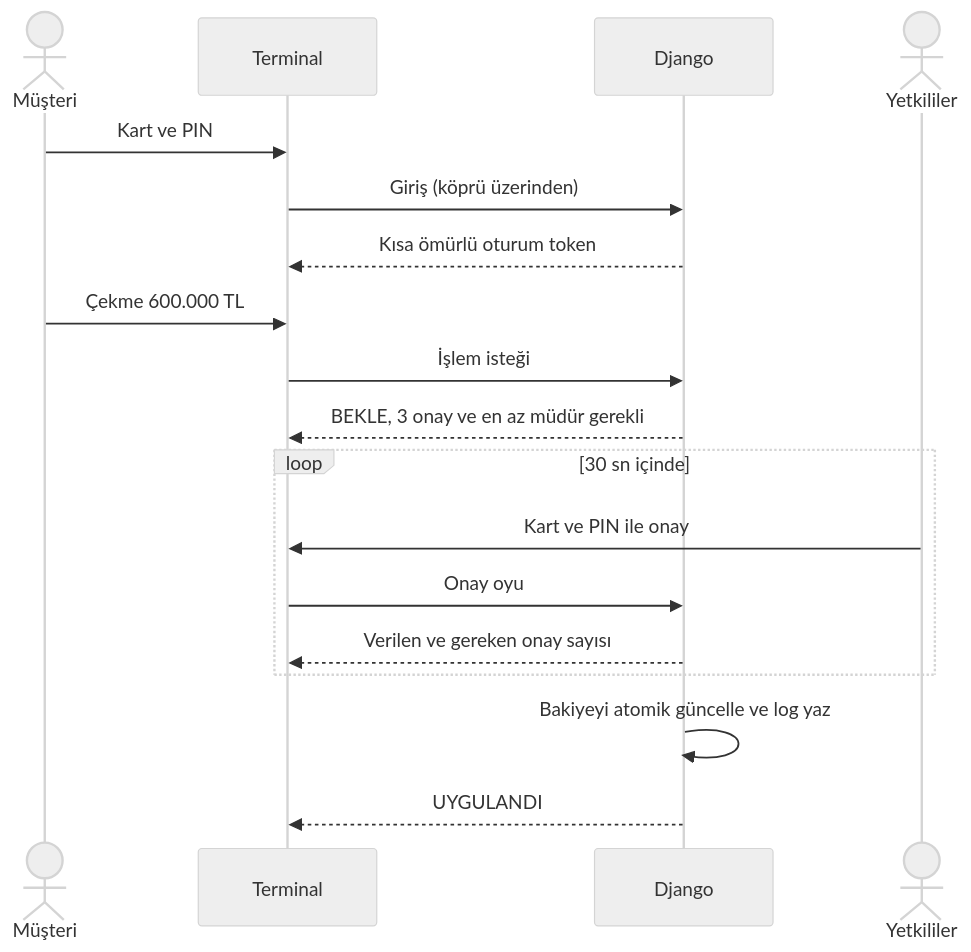
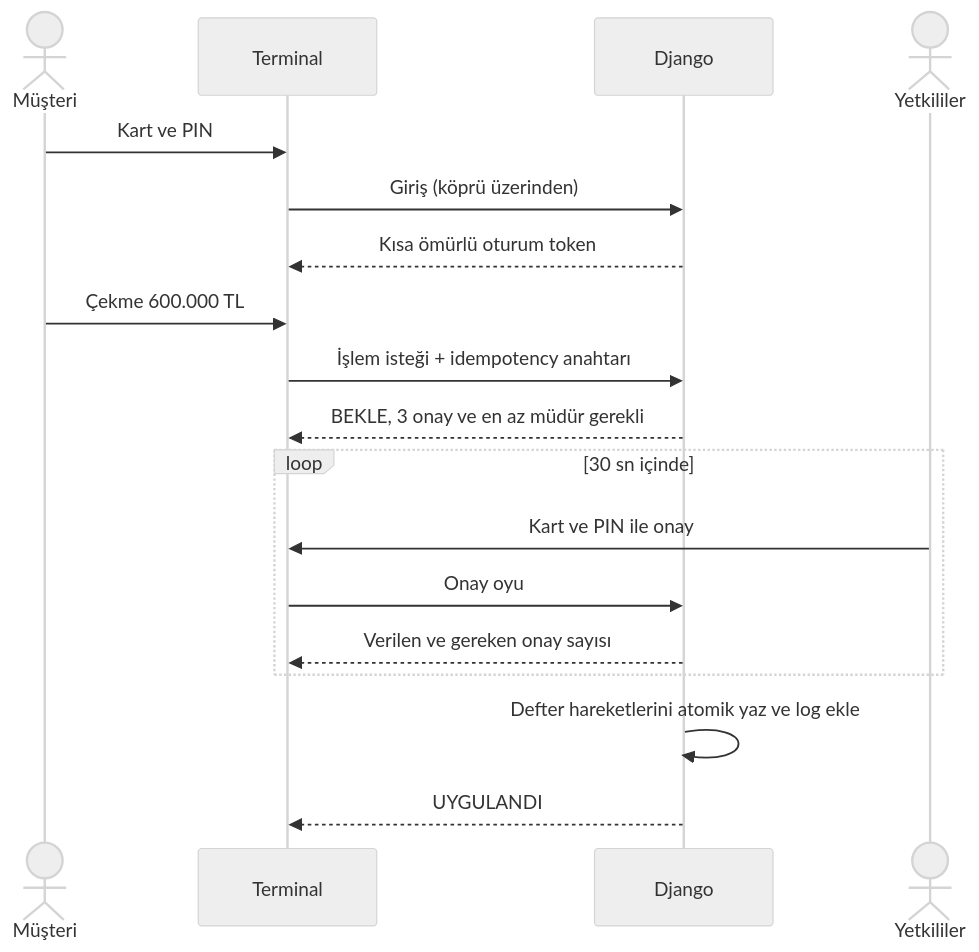
One commit to ikrabaser/rfid-multisig-atm changed the third of 5 diagrams in README.md. Above: the diagram before and after it, drawn with Mermaid (neutral theme). The commit also changed other lines of this file, not shown here.

Commit message:
docs: document ledger, anomaly rules, vault flow and HTTPS

````diff
--- a/README.md
+++ b/README.md
@@ -120,20 +159,20 @@
 ```mermaid
 sequenceDiagram
     actor M as Müşteri
     participant T as Terminal
     participant S as Django
     actor Y as Yetkililer
     M->>T: Kart ve PIN
     T->>S: Giriş (köprü üzerinden)
     S-->>T: Kısa ömürlü oturum token
     M->>T: Çekme 600.000 TL
-    T->>S: İşlem isteği
+    T->>S: İşlem isteği + idempotency anahtarı
     S-->>T: BEKLE, 3 onay ve en az müdür gerekli
     loop 30 sn içinde
         Y->>T: Kart ve PIN ile onay
         T->>S: Onay oyu
         S-->>T: Verilen ve gereken onay sayısı
     end
-    S->>S: Bakiyeyi atomik güncelle ve log yaz
+    S->>S: Defter hareketlerini atomik yaz ve log ekle
     S-->>T: UYGULANDI
 ```
````
